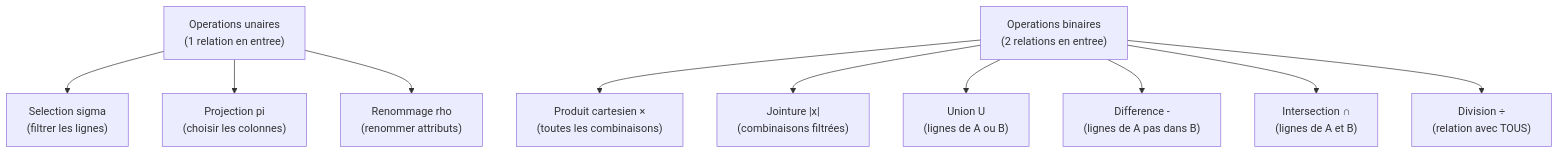
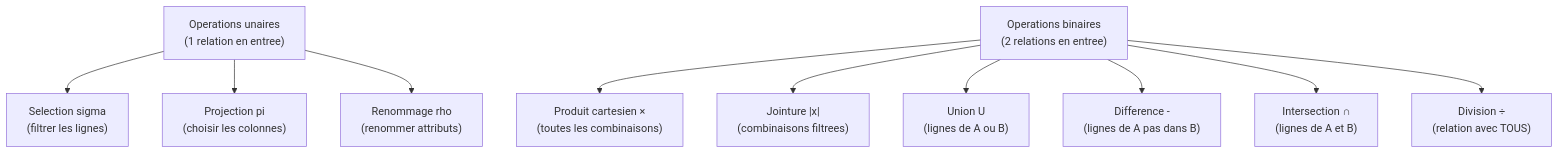
Before and after one commit to Aer-3888/insa-guide-web: the diagram in docs/S6/Bases_de_Donnees/guide/08-relational-algebra.md, drawn with Mermaid. The commit also changed 336 other files, not shown here.

````diff
--- a/docs/S6/Bases_de_Donnees/guide/08-relational-algebra.md
+++ b/docs/S6/Bases_de_Donnees/guide/08-relational-algebra.md
@@ -16,26 +16,26 @@
 ```mermaid
 flowchart TD
     A["Operations unaires\n(1 relation en entree)"]
     B["Operations binaires\n(2 relations en entree)"]
 
     A1["Selection sigma\n(filtrer les lignes)"]
     A2["Projection pi\n(choisir les colonnes)"]
     A3["Renommage rho\n(renommer attributs)"]
 
     B1["Produit cartesien ×\n(toutes les combinaisons)"]
-    B2["Jointure |x|\n(combinaisons filtrées)"]
+    B2["Jointure |x|\n(combinaisons filtrees)"]
     B3["Union U\n(lignes de A ou B)"]
     B4["Difference -\n(lignes de A pas dans B)"]
     B5["Intersection ∩\n(lignes de A et B)"]
     B6["Division ÷\n(relation avec TOUS)"]
 
     A --> A1
     A --> A2
     A --> A3
     B --> B1
     B --> B2
     B --> B3
     B --> B4
     B --> B5
     B --> B6
 ```
````
